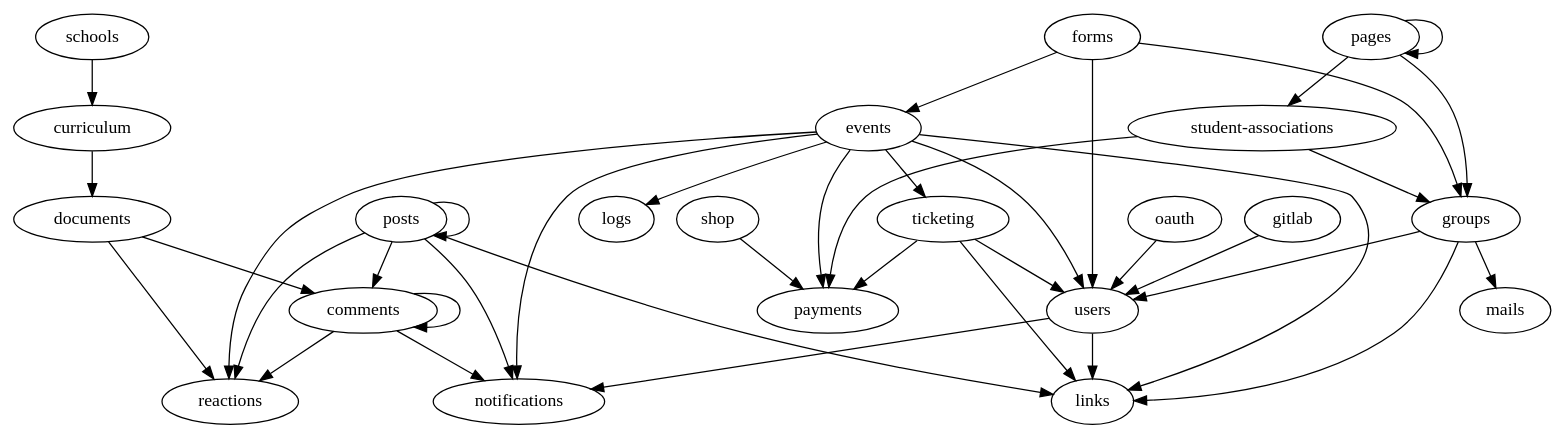
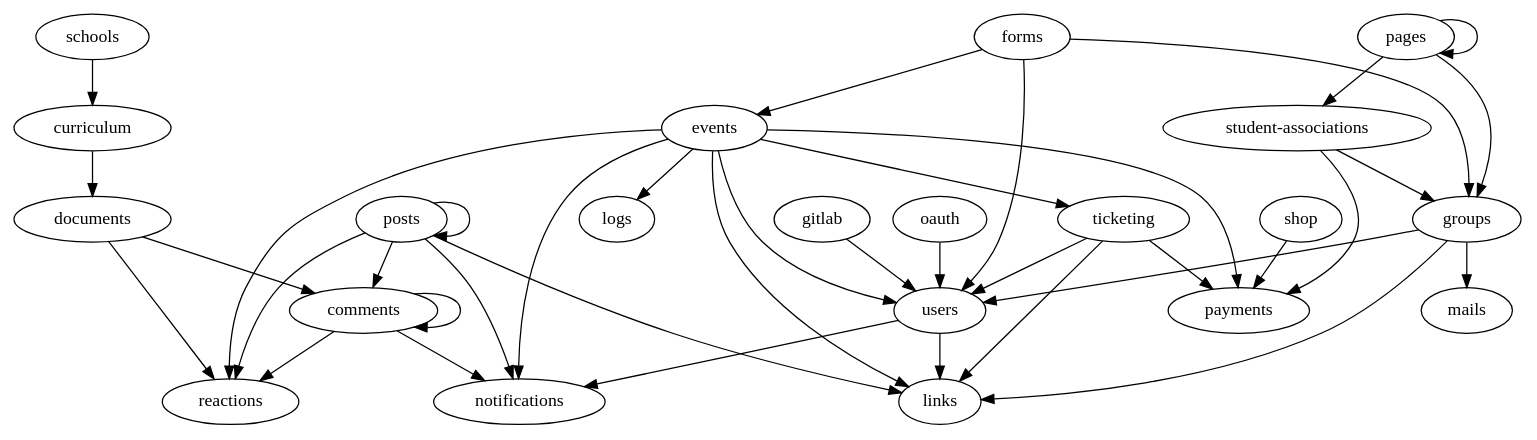
One commit to inp-net/churros changed the diagram in packages/api/scripts/modules-import-graph.dot. Above: the diagram before and after it, drawn with Graphviz. The commit also changed other lines of this file and 46 other files, not shown here.

```diff
--- a/packages/api/scripts/modules-import-graph.dot
+++ b/packages/api/scripts/modules-import-graph.dot
@@ -1,40 +1,40 @@
 strict digraph ImportGraph {
     "comments" -> "comments";
+    "comments" -> "notifications";
     "comments" -> "reactions";
-    "comments" -> "notifications";
     "curriculum" -> "documents";
     "documents" -> "comments";
     "documents" -> "reactions";
-    "events" -> "ticketing";
+    "events" -> "links";
+    "events" -> "logs";
     "events" -> "notifications";
-    "events" -> "users";
-    "events" -> "logs";
     "events" -> "payments";
     "events" -> "reactions";
-    "events" -> "links";
+    "events" -> "ticketing";
+    "events" -> "users";
+    "forms" -> "events";
     "forms" -> "groups";
     "forms" -> "users";
-    "forms" -> "events";
     "gitlab" -> "users";
     "groups" -> "links";
     "groups" -> "mails";
     "groups" -> "users";
     "oauth" -> "users";
+    "pages" -> "groups";
     "pages" -> "pages";
-    "pages" -> "groups";
     "pages" -> "student-associations";
+    "posts" -> "comments";
+    "posts" -> "links";
     "posts" -> "notifications";
-    "posts" -> "comments";
+    "posts" -> "posts";
     "posts" -> "reactions";
-    "posts" -> "posts";
-    "posts" -> "links";
     "schools" -> "curriculum";
     "shop" -> "payments";
     "student-associations" -> "groups";
     "student-associations" -> "payments";
+    "ticketing" -> "links";
+    "ticketing" -> "payments";
     "ticketing" -> "users";
-    "ticketing" -> "payments";
-    "ticketing" -> "links";
+    "users" -> "links";
     "users" -> "notifications";
-    "users" -> "links";
 }
```
